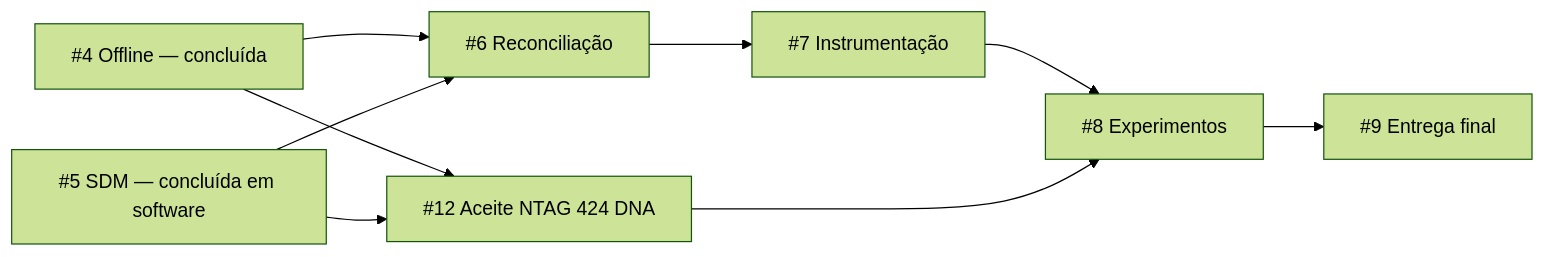
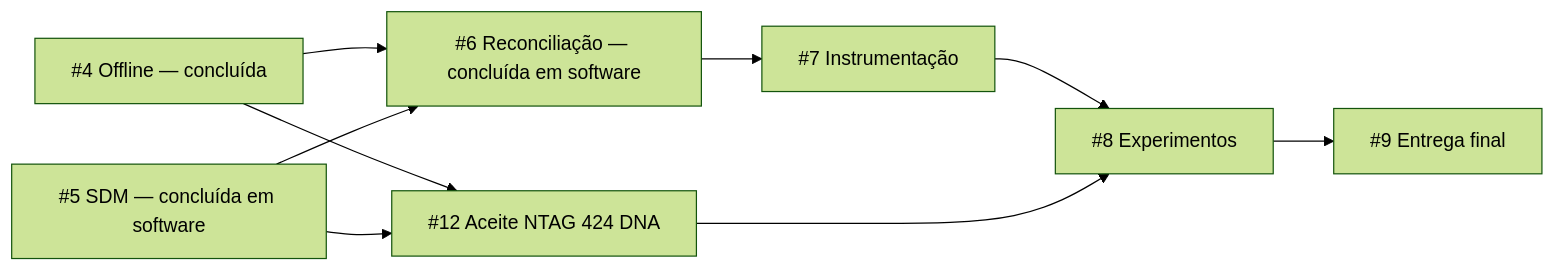
One commit to Joao-AugustoPF/nfc-trace-api changed the diagram in docs/project-status.md. Above: the diagram before and after it, drawn with Mermaid (forest theme). The commit also changed other lines of this file and 27 other files, not shown here.

````diff
--- a/docs/project-status.md
+++ b/docs/project-status.md
@@ -37,11 +37,11 @@
 ```mermaid
 flowchart LR
-  O["#4 Offline — concluída"] --> R["#6 Reconciliação"]
+  O["#4 Offline — concluída"] --> R["#6 Reconciliação — concluída em software"]
   S["#5 SDM — concluída em software"] --> R
   R --> I["#7 Instrumentação"]
   I --> E["#8 Experimentos"]
   O --> H["#12 Aceite NTAG 424 DNA"]
   S --> H
   H --> E
   E --> F["#9 Entrega final"]
 ```
````
